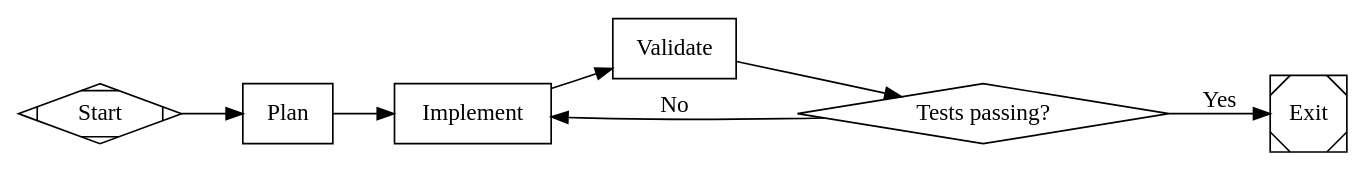
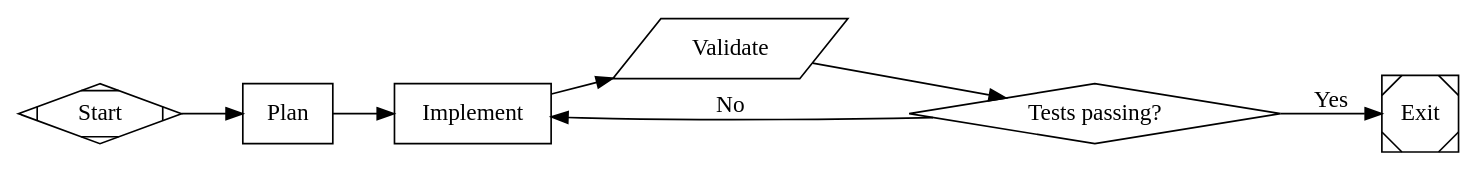
One commit to charltonaustin/attractor_implementation changed the diagram in examples/branching.dot. Above: the diagram before and after it, drawn with Graphviz. The commit also changed 13 other files, not shown here.

```diff
--- a/examples/branching.dot
+++ b/examples/branching.dot
@@ -1,16 +1,16 @@
 digraph Branch {
     graph [goal="Implement and validate a feature"]
     rankdir=LR
     node [shape=box, timeout="900s"]
 
     start     [shape=Mdiamond, label="Start"]
     exit      [shape=Msquare, label="Exit"]
-    plan      [label="Plan", prompt="Plan the implementation for: $goal"]
-    implement [label="Implement", prompt="Implement the plan"]
-    validate  [label="Validate", prompt="Run tests and validate the implementation"]
+    plan      [label="Plan", prompt="Plan the implementation for: fix the fact that check_aws_login catches too broad of an exception"]
+    implement [label="Implement", prompt="Implement the plan: \n\n $plan_response "]
+    validate  [shape=parallelogram label="Validate", tool_command="bundle exec rspec"]
     gate      [shape=diamond, label="Tests passing?"]
 
     start -> plan -> implement -> validate -> gate
     gate -> exit      [label="Yes", condition="outcome=success"]
     gate -> implement [label="No", condition="outcome!=success"]
 }
```
